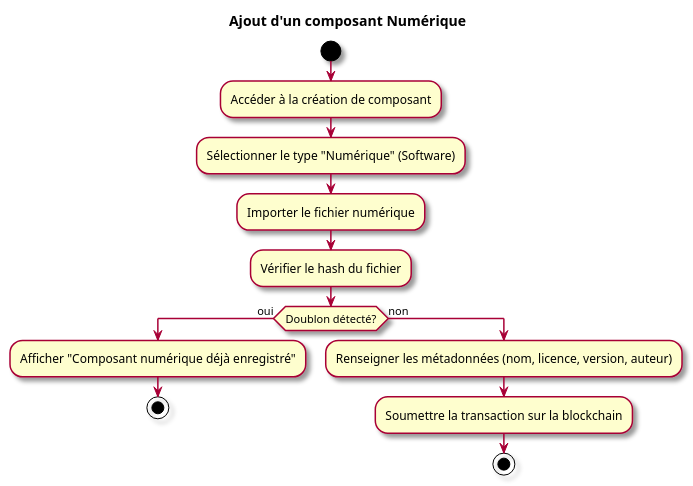
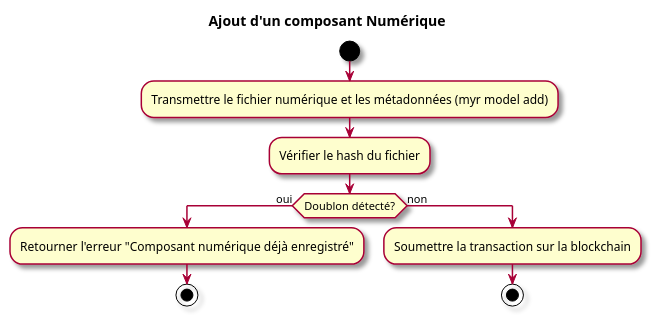
Before and after one commit to olivaux/myr: the second of 2 diagrams in specs/1-Expression/UCCE-Composant_Ecriture/UCCE03.md, drawn with PlantUML. The commit also changed other lines of this file and 65 other files, not shown here.

````diff
--- a/specs/1-Expression/UCCE-Composant_Ecriture/UCCE03.md
+++ b/specs/1-Expression/UCCE-Composant_Ecriture/UCCE03.md
@@ -65,19 +65,16 @@
 ```plantuml
 @startuml
 skin rose
 title Ajout d'un composant Numérique
 start
-:Accéder à la création de composant;
-:Sélectionner le type "Numérique" (Software);
-:Importer le fichier numérique;
+:Transmettre le fichier numérique et les métadonnées (myr model add);
 :Vérifier le hash du fichier;
 if (Doublon détecté?) then (oui)
-  :Afficher "Composant numérique déjà enregistré";
+  :Retourner l'erreur "Composant numérique déjà enregistré";
   stop
 else (non)
-  :Renseigner les métadonnées (nom, licence, version, auteur);
   :Soumettre la transaction sur la blockchain;
   stop
 endif
 @enduml
 ```
````
